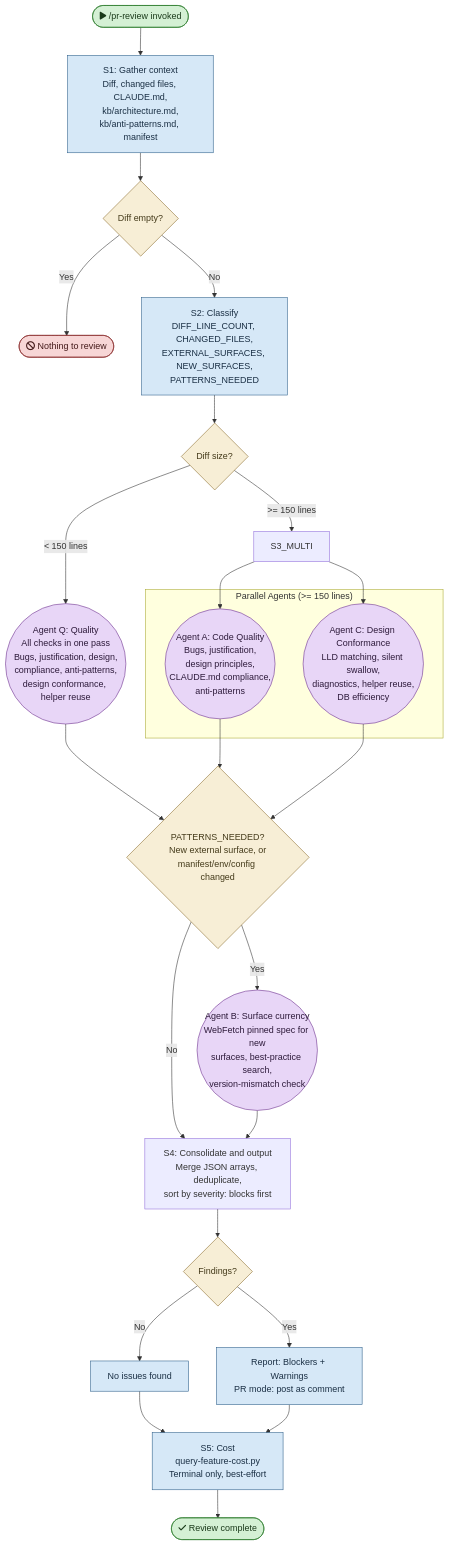
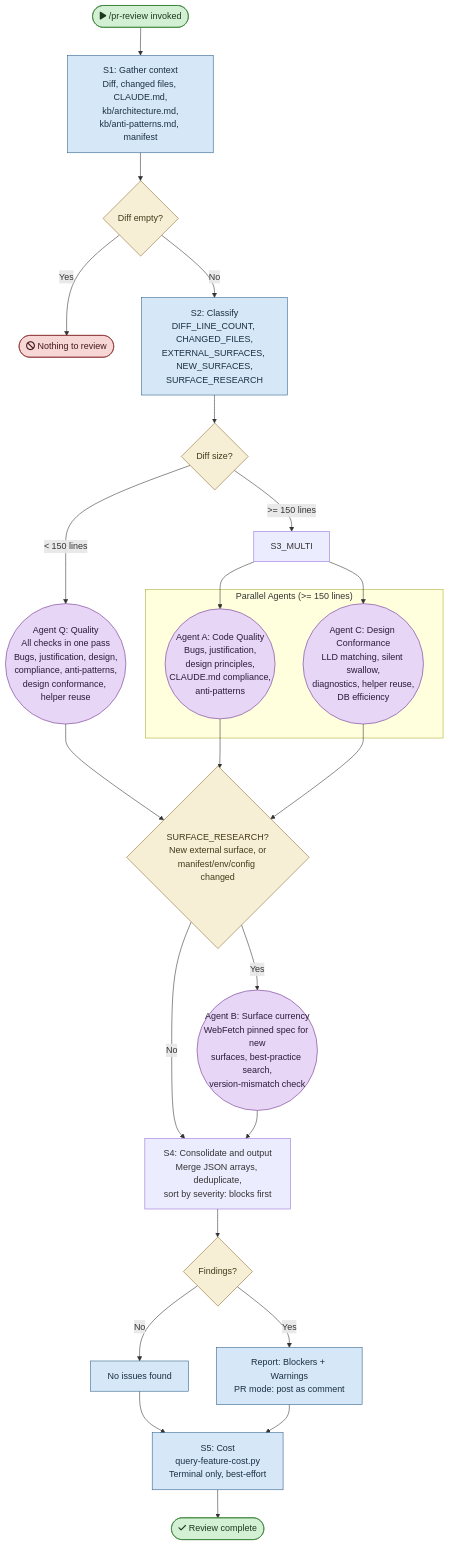
Before and after one commit to mironyx/engineering-delivery-framework: the diagram in plugins/edf/skills/pr-review/flowchart.md, drawn with Mermaid. The commit also changed other lines of this file and 4 other files, not shown here.

First line of the commit message:
refactor: tighten new prose, rename PATTERNS_NEEDED to SURFACE_RESEARCH

````diff
--- a/plugins/edf/skills/pr-review/flowchart.md
+++ b/plugins/edf/skills/pr-review/flowchart.md
@@ -5,55 +5,55 @@
 ```mermaid
 flowchart TD
     START(["fa:fa-play /pr-review invoked"]) --> S1
 
     S1["S1: Gather context<br/>Diff, changed files, CLAUDE.md,<br/>kb/architecture.md,<br/>kb/anti-patterns.md, manifest"] --> S1_CHK{"Diff empty?"}
     S1_CHK -->|"Yes"| STOP_EMPTY(["fa:fa-ban Nothing to review"])
     S1_CHK -->|"No"| S2
 
-    S2["S2: Classify<br/>DIFF_LINE_COUNT, CHANGED_FILES,<br/>EXTERNAL_SURFACES, NEW_SURFACES,<br/>PATTERNS_NEEDED"] --> S2_SIZE{"Diff size?"}
+    S2["S2: Classify<br/>DIFF_LINE_COUNT, CHANGED_FILES,<br/>EXTERNAL_SURFACES, NEW_SURFACES,<br/>SURFACE_RESEARCH"] --> S2_SIZE{"Diff size?"}
 
     S2_SIZE -->|"< 150 lines"| S3_SINGLE
     S2_SIZE -->|">= 150 lines"| S3_MULTI
 
     S3_SINGLE(("Agent Q: Quality<br/>All checks in one pass<br/>Bugs, justification, design,<br/>compliance, anti-patterns,<br/>design conformance, helper reuse"))
 
-    S3_SINGLE --> S3_PAT
+    S3_SINGLE --> S3_SURF
 
     subgraph PARALLEL["Parallel Agents (>= 150 lines)"]
         S3A(("Agent A: Code Quality<br/>Bugs, justification,<br/>design principles,<br/>CLAUDE.md compliance,<br/>anti-patterns"))
         S3C(("Agent C: Design Conformance<br/>LLD matching, silent swallow,<br/>diagnostics, helper reuse,<br/>DB efficiency"))
     end
 
     S3_MULTI --> S3A
     S3_MULTI --> S3C
 
-    S3A --> S3_PAT{"PATTERNS_NEEDED?<br/>New external surface, or<br/>manifest/env/config changed"}
-    S3C --> S3_PAT
-    S3_PAT -->|"Yes"| S3B(("Agent B: Surface currency<br/>WebFetch pinned spec for new<br/>surfaces, best-practice search,<br/>version-mismatch check"))
-    S3_PAT -->|"No"| S4
+    S3A --> S3_SURF{"SURFACE_RESEARCH?<br/>New external surface, or<br/>manifest/env/config changed"}
+    S3C --> S3_SURF
+    S3_SURF -->|"Yes"| S3B(("Agent B: Surface currency<br/>WebFetch pinned spec for new<br/>surfaces, best-practice search,<br/>version-mismatch check"))
+    S3_SURF -->|"No"| S4
     S3B --> S4
 
     S4["S4: Consolidate and output<br/>Merge JSON arrays, deduplicate,<br/>sort by severity: blocks first"] --> S4_FIND{"Findings?"}
     S4_FIND -->|"No"| S4_CLEAN["No issues found"]
     S4_FIND -->|"Yes"| S4_REPORT["Report: Blockers + Warnings<br/>PR mode: post as comment"]
 
     S4_CLEAN --> S5
     S4_REPORT --> S5
 
     S5["S5: Cost<br/>query-feature-cost.py<br/>Terminal only, best-effort"]
 
     S5 --> DONE(["fa:fa-check Review complete"])
 
     %% ── Styles ──
     classDef startend fill:#d4f0d4,stroke:#2d7d2d,color:#1a3a1a
     classDef process fill:#d6e8f7,stroke:#2d5f8a,color:#1a2f44
     classDef agent fill:#e8d6f7,stroke:#6b2d8a,color:#2d1a3a
     classDef decision fill:#f7eed6,stroke:#8a6d2d,color:#443a1a
     classDef stop fill:#f7d6d6,stroke:#8a2d2d,color:#441a1a
 
     class START,DONE startend
     class S1,S2,S4_CLEAN,S4_REPORT,S5 process
     class S3_SINGLE,S3A,S3C,S3B agent
-    class S1_CHK,S2_SIZE,S3_PAT,S4_FIND decision
+    class S1_CHK,S2_SIZE,S3_SURF,S4_FIND decision
     class STOP_EMPTY stop
 ```
````
